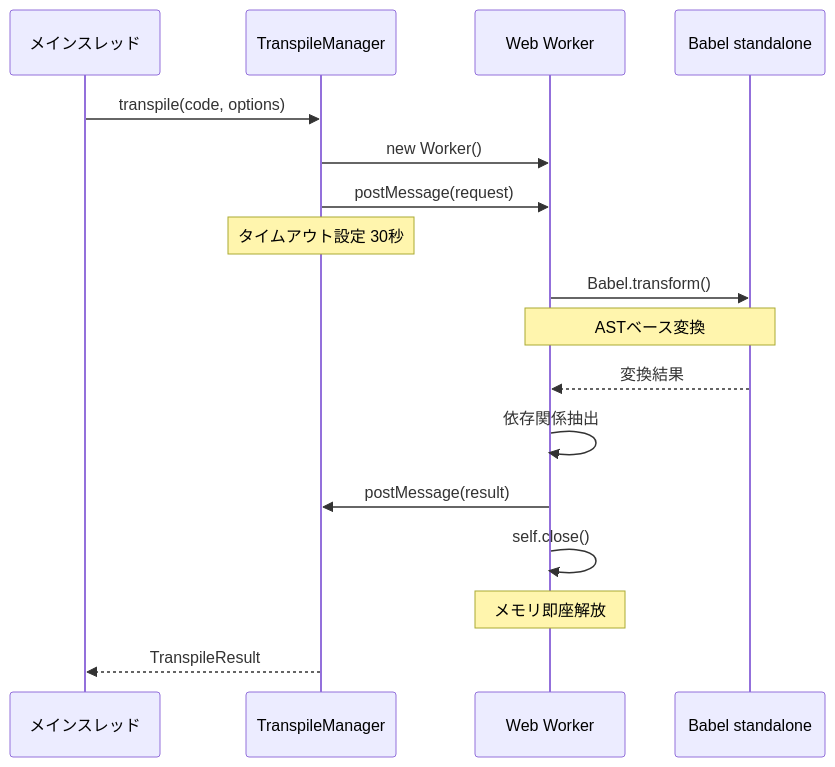
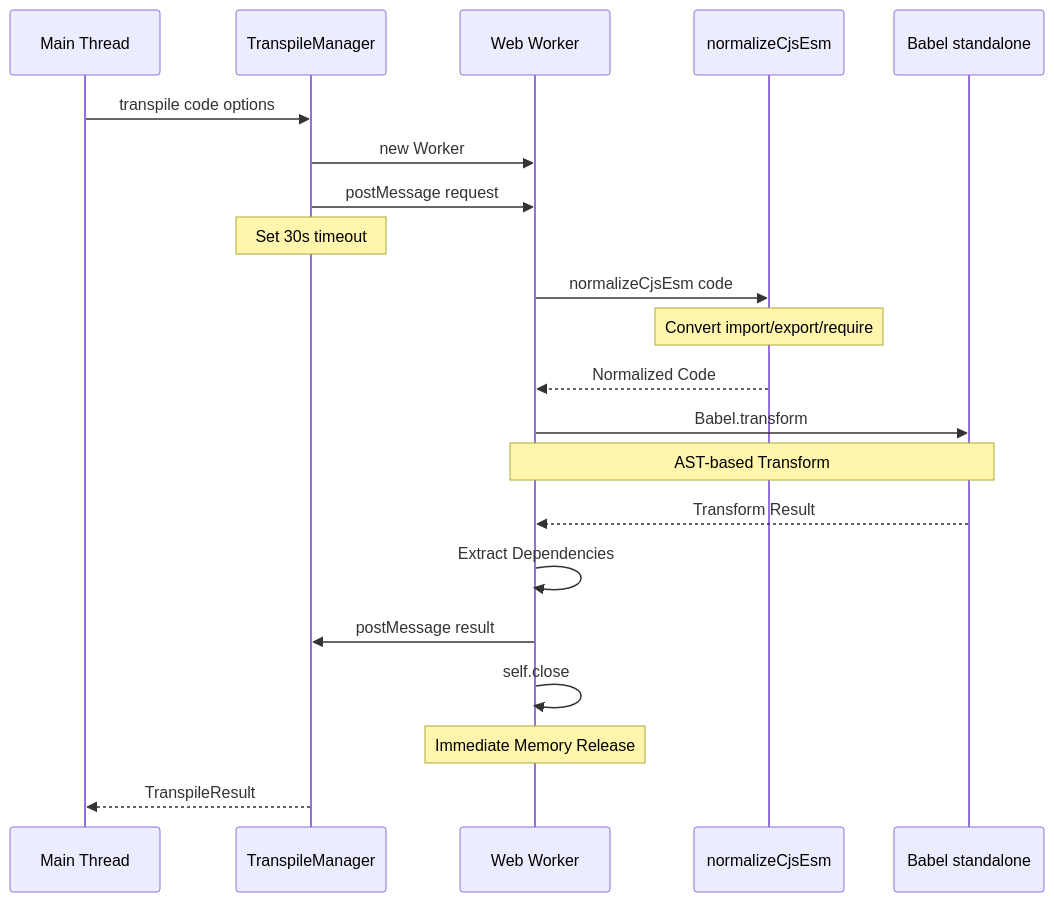
The fifth of 12 diagrams in docs/NODE-RUNTIME.md (Stasshe/Pyxis-CodeCanvas), drawn with Mermaid before and after one commit. The commit also changed other lines of this file, not shown here.

Commit message:
Implement code changes to enhance functionality and improve performance

````diff
--- a/docs/NODE-RUNTIME.md
+++ b/docs/NODE-RUNTIME.md
@@ -308,25 +324,30 @@
 ```mermaid
 sequenceDiagram
-    participant Main as メインスレッド
+    participant Main as Main Thread
     participant Manager as TranspileManager
     participant Worker as Web Worker
+    participant Normalize as normalizeCjsEsm
     participant Babel as Babel standalone
     
-    Main->>Manager: transpile(code, options)
-    Manager->>Worker: new Worker()
+    Main->>Manager: transpile code options
+    Manager->>Worker: new Worker
     
-    Manager->>Worker: postMessage(request)
-    Note over Manager: タイムアウト設定 30秒
+    Manager->>Worker: postMessage request
+    Note over Manager: Set 30s timeout
     
-    Worker->>Babel: Babel.transform()
-    Note over Worker,Babel: ASTベース変換
+    Worker->>Normalize: normalizeCjsEsm code
+    Note over Normalize: Convert import/export/require
+    Normalize-->>Worker: Normalized Code
     
-    Babel-->>Worker: 変換結果
-    Worker->>Worker: 依存関係抽出
+    Worker->>Babel: Babel.transform
+    Note over Worker,Babel: AST-based Transform
     
-    Worker->>Manager: postMessage(result)
-    Worker->>Worker: self.close()
-    Note over Worker: メモリ即座解放
+    Babel-->>Worker: Transform Result
+    Worker->>Worker: Extract Dependencies
+    
+    Worker->>Manager: postMessage result
+    Worker->>Worker: self.close
+    Note over Worker: Immediate Memory Release
     
     Manager-->>Main: TranspileResult
 ```
````
